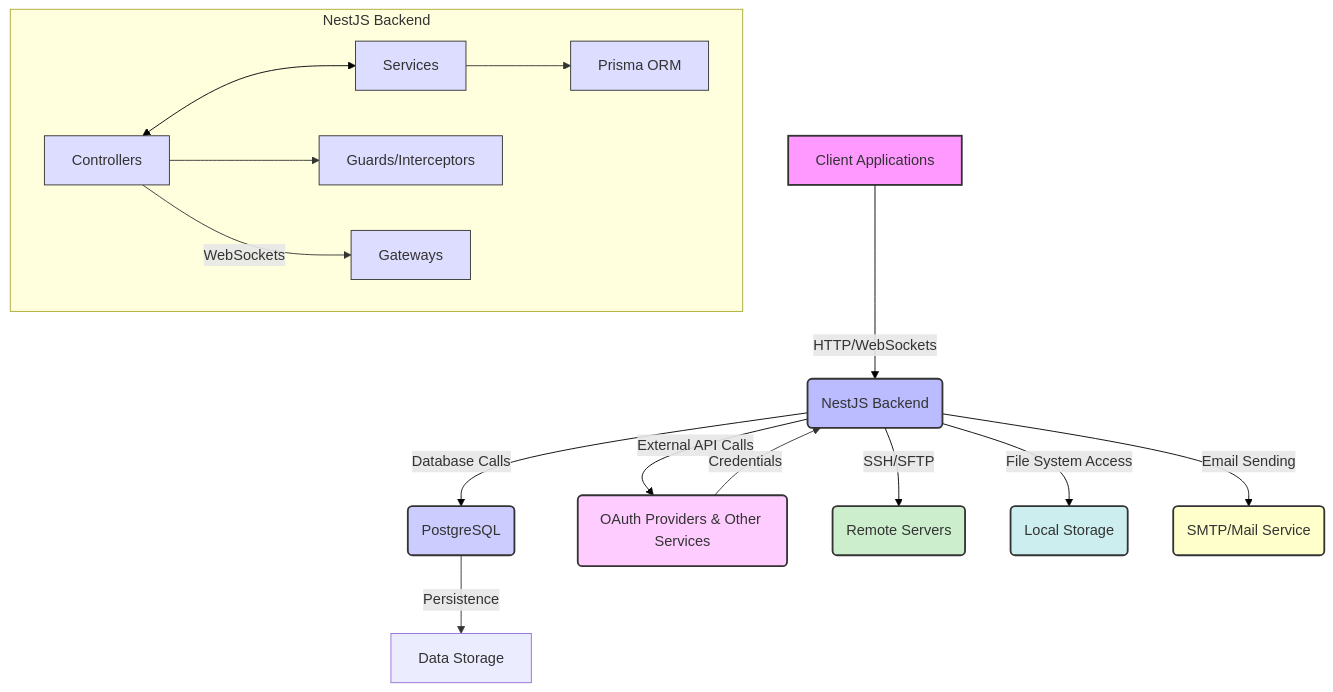
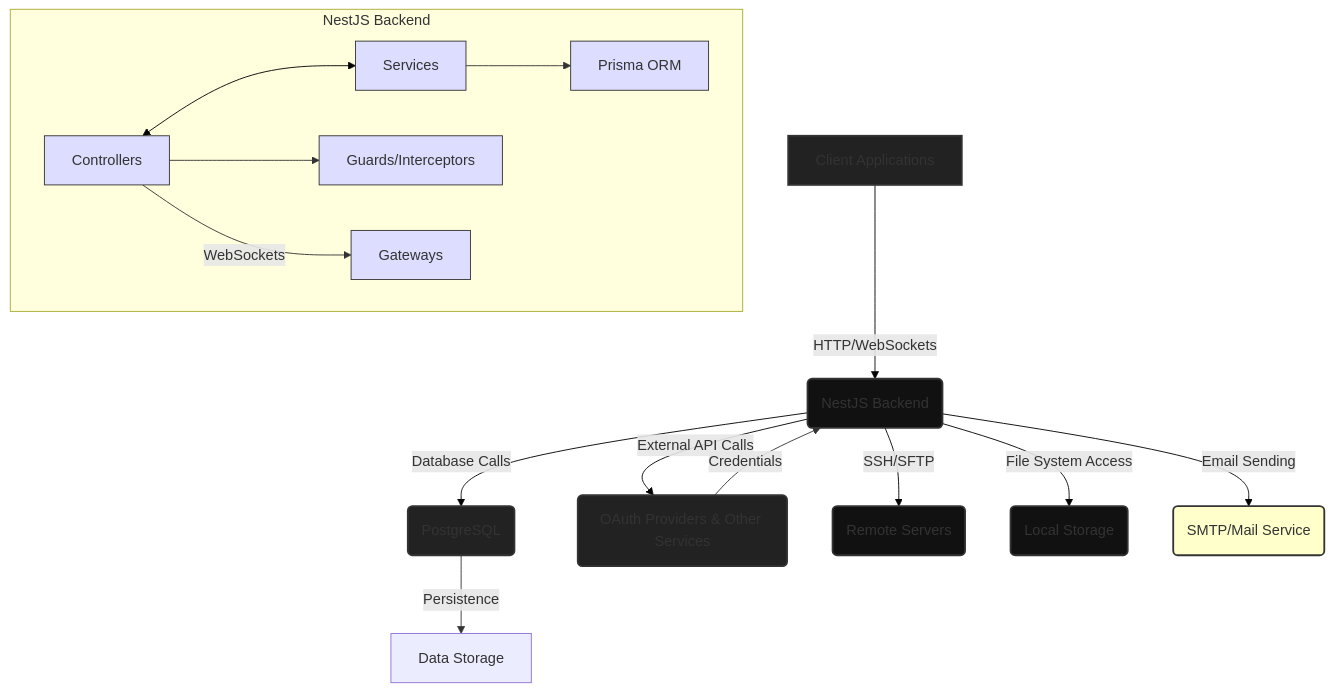
Before and after one commit to evillan0315/project-board-server: the diagram in docs/Architecture.md, drawn with Mermaid. The commit also changed 1 other file, not shown here.

````diff
--- a/docs/Architecture.md
+++ b/docs/Architecture.md
@@ -27,39 +27,39 @@
 ```mermaid
 graph TD
     A[Client Applications] -->|HTTP/WebSockets| B(NestJS Backend)
     B -->|Database Calls| C(PostgreSQL)
     B -->|External API Calls| D(OAuth Providers & Other Services)
     B -->|SSH/SFTP| E(Remote Servers)
     B -->|File System Access| F(Local Storage)
     B -->|Email Sending| G(SMTP/Mail Service)
 
     subgraph NestJS Backend
         B1[Controllers] <--> B2[Services]
         B2 --> B3[Prisma ORM]
         B1 --> B4[Guards/Interceptors]
         B1 -- WebSockets --> B5[Gateways]
     end
 
     C -- Persistence --> Data[Data Storage]
     D -- Credentials --> B
 
-    style A fill:#f9f,stroke:#333,stroke-width:2px
-    style B fill:#bbf,stroke:#333,stroke-width:2px
-    style C fill:#ccf,stroke:#333,stroke-width:2px
-    style D fill:#fcf,stroke:#333,stroke-width:2px
-    style E fill:#cec,stroke:#333,stroke-width:2px
-    style F fill:#cee,stroke:#333,stroke-width:2px
+    style A fill:#222,stroke:#333,stroke-width:2px
+    style B fill:#111,stroke:#333,stroke-width:2px
+    style C fill:#222,stroke:#333,stroke-width:2px
+    style D fill:#222,stroke:#333,stroke-width:2px
+    style E fill:#111,stroke:#333,stroke-width:2px
+    style F fill:#111,stroke:#333,stroke-width:2px
     style G fill:#ffc,stroke:#333,stroke-width:2px
     style B1 fill:#ddf,stroke:#333,stroke-width:1px
     style B2 fill:#ddf,stroke:#333,stroke-width:1px
     style B3 fill:#ddf,stroke:#333,stroke-width:1px
     style B4 fill:#ddf,stroke:#333,stroke-width:1px
     style B5 fill:#ddf,stroke:#333,stroke-width:1px
     linkStyle 0 stroke:#000,stroke-width:1px;
     linkStyle 1 stroke:#000,stroke-width:1px;
     linkStyle 2 stroke:#000,stroke-width:1px;
     linkStyle 3 stroke:#000,stroke-width:1px;
     linkStyle 4 stroke:#000,stroke-width:1px;
     linkStyle 5 stroke:#000,stroke-width:1px;
     linkStyle 6 stroke:#000,stroke-width:1px;
 ```
````
